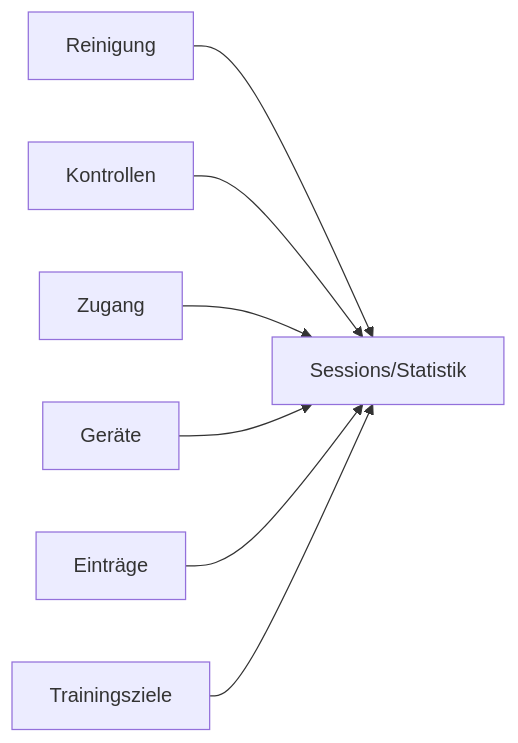
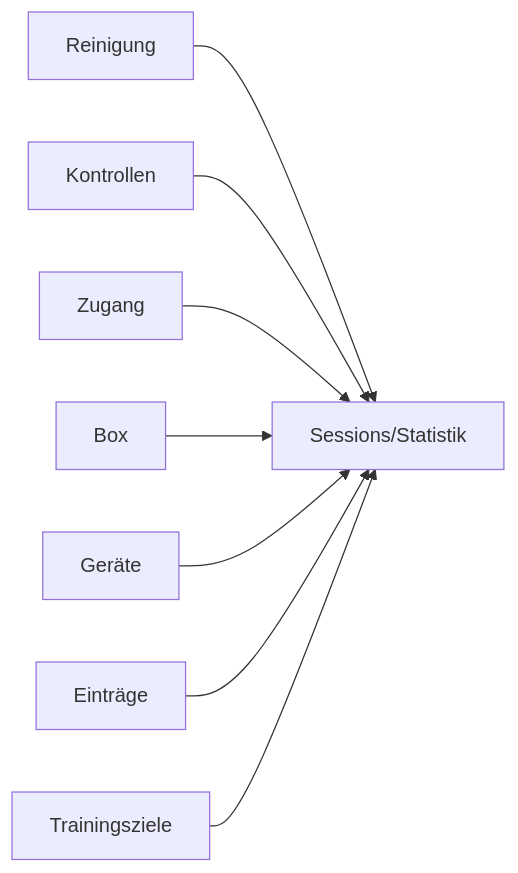
One commit to trublue-2/chastitytracker changed diagram 18 of 18 in docs/funktionsmodell/05-abhaengigkeiten.md. Above: the diagram before and after it, drawn with Mermaid. The commit also changed other lines of this file and 66 other files, not shown here.

````diff
--- a/docs/funktionsmodell/05-abhaengigkeiten.md
+++ b/docs/funktionsmodell/05-abhaengigkeiten.md
@@ -705,10 +720,11 @@
 ```mermaid
 flowchart LR
   nSessionsStatistik["Sessions/Statistik"]
   nReinigung["Reinigung"] --> nSessionsStatistik
   nKontrollen["Kontrollen"] --> nSessionsStatistik
   nZugang["Zugang"] --> nSessionsStatistik
+  nBox["Box"] --> nSessionsStatistik
   nGerte["Geräte"] --> nSessionsStatistik
   nEintrge["Einträge"] --> nSessionsStatistik
   nTrainingsziele["Trainingsziele"] --> nSessionsStatistik
 ```
````
